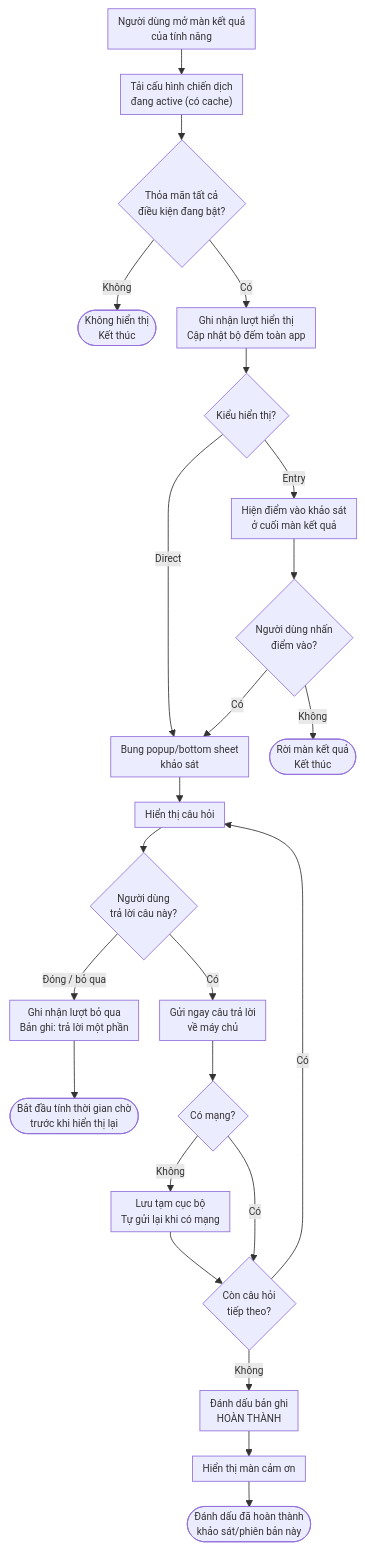
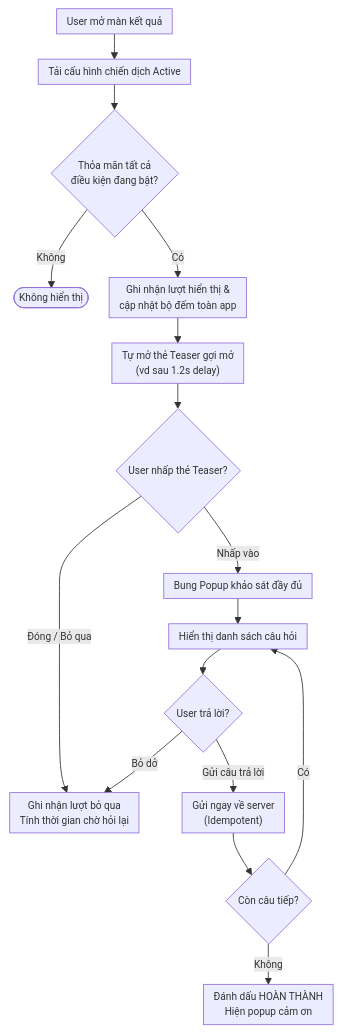
One commit to yenhuong/lichviet changed the first of 2 diagrams in docs/020-Requirements/BPRD/BPRD-002-KhaoSatInApp.md. Above: the diagram before and after it, drawn with Mermaid. The commit also changed other lines of this file and 9 other files, not shown here.

Commit message:
feat(khnl): bổ sung User Story & cập nhật tài liệu khảo sát Inline Kích Hoạt Năng Lượng

````diff
--- a/docs/020-Requirements/BPRD/BPRD-002-KhaoSatInApp.md
+++ b/docs/020-Requirements/BPRD/BPRD-002-KhaoSatInApp.md
@@ -108,30 +116,19 @@
 ```mermaid
 %%{init: {"themeVariables": {"fontSize": "12px"}, "flowchart": {"nodeSpacing": 25, "rankSpacing": 30, "padding": 6}}}%%
 flowchart TD
-    A["Người dùng mở màn kết quả<br/>của tính năng"] --> B["Tải cấu hình chiến dịch<br/>đang active (có cache)"]
-    B --> C{"Thỏa mãn tất cả<br/>điều kiện đang bật?"}
-    C -- "Không" --> Z(["Không hiển thị<br/>Kết thúc"])
-    C -- "Có" --> D["Ghi nhận lượt hiển thị<br/>Cập nhật bộ đếm toàn app"]
-    D --> E{"Kiểu hiển thị?"}
-
-    E -- "Direct" --> G["Bung popup/bottom sheet<br/>khảo sát"]
-    E -- "Entry" --> F["Hiện điểm vào khảo sát<br/>ở cuối màn kết quả"]
-    F --> F1{"Người dùng nhấn<br/>điểm vào?"}
-    F1 -- "Không" --> Z2(["Rời màn kết quả<br/>Kết thúc"])
-    F1 -- "Có" --> G
-
-    G --> H["Hiển thị câu hỏi"]
-    H --> I{"Người dùng<br/>trả lời câu này?"}
-    I -- "Đóng / bỏ qua" --> X["Ghi nhận lượt bỏ qua<br/>Bản ghi: trả lời một phần"]
-    X --> X1(["Bắt đầu tính thời gian chờ<br/>trước khi hiển thị lại"])
-
-    I -- "Có" --> J["Gửi ngay câu trả lời<br/>về máy chủ"]
-    J --> J1{"Có mạng?"}
-    J1 -- "Không" --> J2["Lưu tạm cục bộ<br/>Tự gửi lại khi có mạng"]
-    J2 --> K
-    J1 -- "Có" --> K{"Còn câu hỏi<br/>tiếp theo?"}
-    K -- "Có" --> H
-    K -- "Không" --> L["Đánh dấu bản ghi<br/>HOÀN THÀNH"]
-    L --> M["Hiển thị màn cảm ơn"]
-    M --> N(["Đánh dấu đã hoàn thành<br/>khảo sát/phiên bản này"])
+    A1["User mở màn kết quả"] --> B1["Tải cấu hình chiến dịch Active"]
+    B1 --> C1{"Thỏa mãn tất cả<br/>điều kiện đang bật?"}
+    C1 -- "Không" --> Z1(["Không hiển thị"])
+    C1 -- "Có" --> D1["Ghi nhận lượt hiển thị &<br/>cập nhật bộ đếm toàn app"]
+    D1 --> E1["Tự mở thẻ Teaser gợi mở<br/>(vd sau 1.2s delay)"]
+    E1 --> F1{"User nhấp thẻ Teaser?"}
+    F1 -- "Đóng / Bỏ qua" --> X1["Ghi nhận lượt bỏ qua<br/>Tính thời gian chờ hỏi lại"]
+    F1 -- "Nhấp vào" --> G1["Bung Popup khảo sát đầy đủ"]
+    G1 --> H1["Hiển thị danh sách câu hỏi"]
+    H1 --> I1{"User trả lời?"}
+    I1 -- "Bỏ dở" --> X1
+    I1 -- "Gửi câu trả lời" --> J1["Gửi ngay về server<br/>(Idempotent)"]
+    J1 --> K1{"Còn câu tiếp?"}
+    K1 -- "Có" --> H1
+    K1 -- "Không" --> L1["Đánh dấu HOÀN THÀNH<br/>Hiện popup cảm ơn"]
 ```
````
